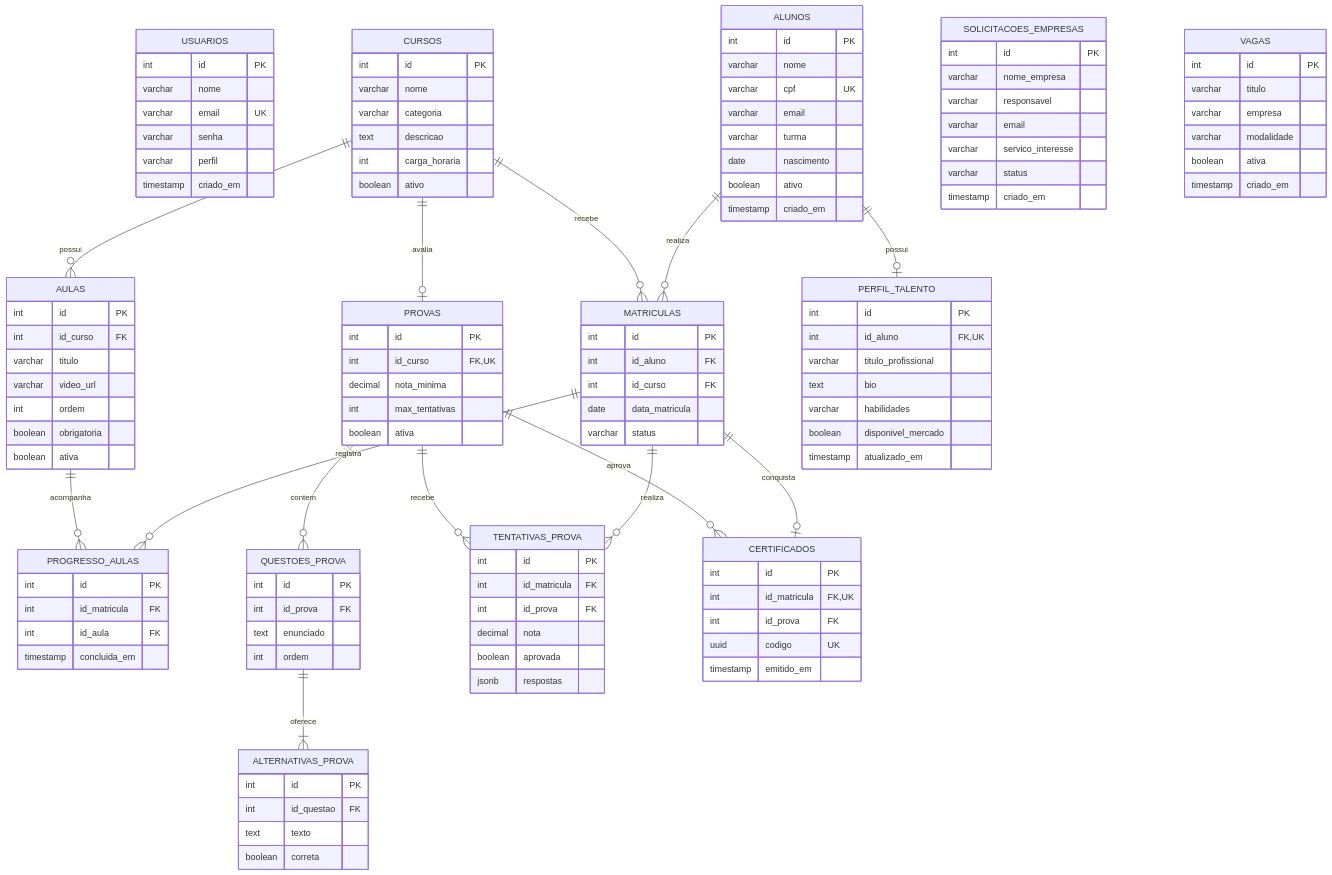
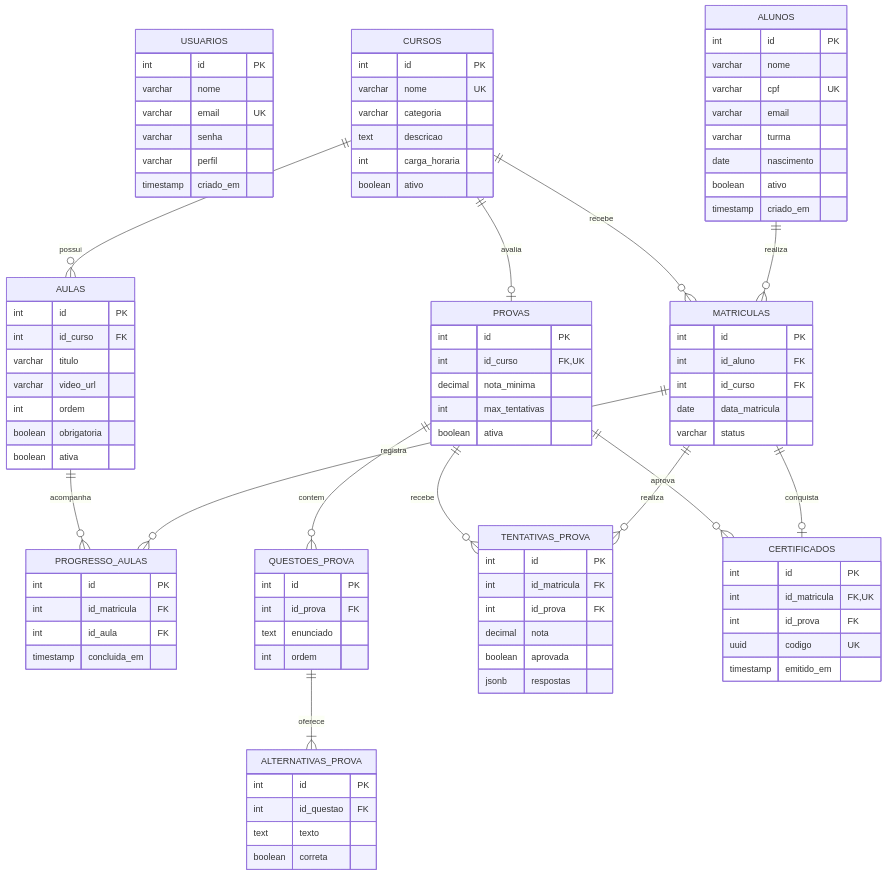
The first of 5 diagrams in readme.md (joaorbm09/HighTech_school), drawn with Mermaid before and after one commit. The commit also changed other lines of this file, not shown here.

````diff
--- a/readme.md
+++ b/readme.md
@@ -707,7 +368,7 @@
     }
     CURSOS {
         int id PK
-        varchar nome
+        varchar nome UK
         varchar categoria
         text descricao
         int carga_horaria
@@ -769,32 +430,6 @@
         uuid codigo UK
         timestamp emitido_em
     }
-    SOLICITACOES_EMPRESAS {
-        int id PK
-        varchar nome_empresa
-        varchar responsavel
-        varchar email
-        varchar servico_interesse
-        varchar status
-        timestamp criado_em
-    }
-    VAGAS {
-        int id PK
-        varchar titulo
-        varchar empresa
-        varchar modalidade
-        boolean ativa
-        timestamp criado_em
-    }
-    PERFIL_TALENTO {
-        int id PK
-        int id_aluno FK, UK
-        varchar titulo_profissional
-        text bio
-        varchar habilidades
-        boolean disponivel_mercado
-        timestamp atualizado_em
-    }
     ALUNOS ||--o{ MATRICULAS : realiza
     CURSOS ||--o{ MATRICULAS : recebe
     CURSOS ||--o{ AULAS : possui
@@ -807,5 +442,4 @@
     PROVAS ||--o{ TENTATIVAS_PROVA : recebe
     MATRICULAS ||--o| CERTIFICADOS : conquista
     PROVAS ||--o{ CERTIFICADOS : aprova
-    ALUNOS ||--o| PERFIL_TALENTO : possui
 ```
````
